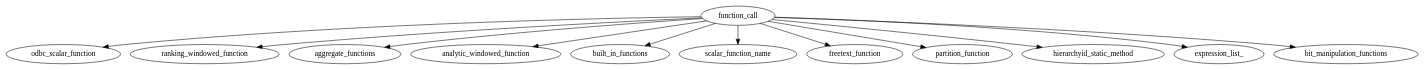
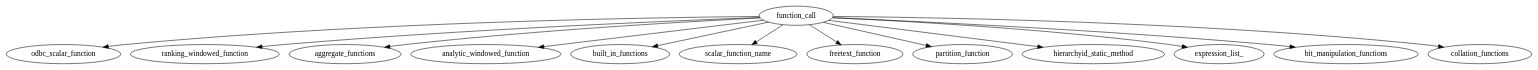
Before and after one commit to Crary-Systems/tree-sitter-tsql: the diagram in docs/roadmap/grammar/function_call.dot, drawn with Graphviz. The commit also changed 10 other files, not shown here.

First line of the commit message:
Add collation functions

```diff
--- a/docs/roadmap/grammar/function_call.dot
+++ b/docs/roadmap/grammar/function_call.dot
@@ -1,17 +1,18 @@
 digraph {
   function_call
 
   function_call -> odbc_scalar_function
 
   function_call -> ranking_windowed_function
   function_call -> aggregate_functions
   function_call -> analytic_windowed_function
   function_call -> built_in_functions
   function_call -> scalar_function_name
   function_call -> freetext_function
   function_call -> partition_function
   function_call -> hierarchyid_static_method
   function_call -> expression_list_
   function_call -> bit_manipulation_functions
+  function_call -> collation_functions
 
 }
```
